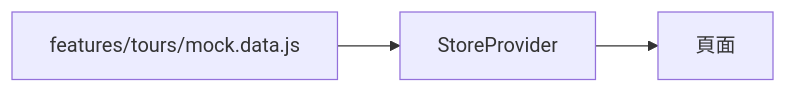
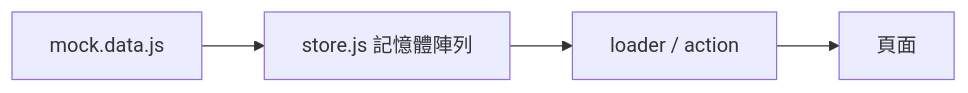
The first of 4 diagrams in source/_posts/lokiTech-15day-13-project-travel-api.md (summer10920/summer10920.github.io), drawn with Mermaid before and after one commit. The commit also changed other lines of this file and 3 other files, not shown here.

```diff
--- a/source/_posts/lokiTech-15day-13-project-travel-api.md
+++ b/source/_posts/lokiTech-15day-13-project-travel-api.md
@@ -82,4 +89,5 @@
 {% mermaid graph LR %}
-  seed["features/tours/mock.data.js"] --> store["StoreProvider"]
-  store --> pages["頁面"]
+  seed["mock.data.js"] --> mem["store.js 記憶體陣列"]
+  mem --> loader["loader / action"]
+  loader --> pages["頁面"]
 {% endmermaid %}
```
